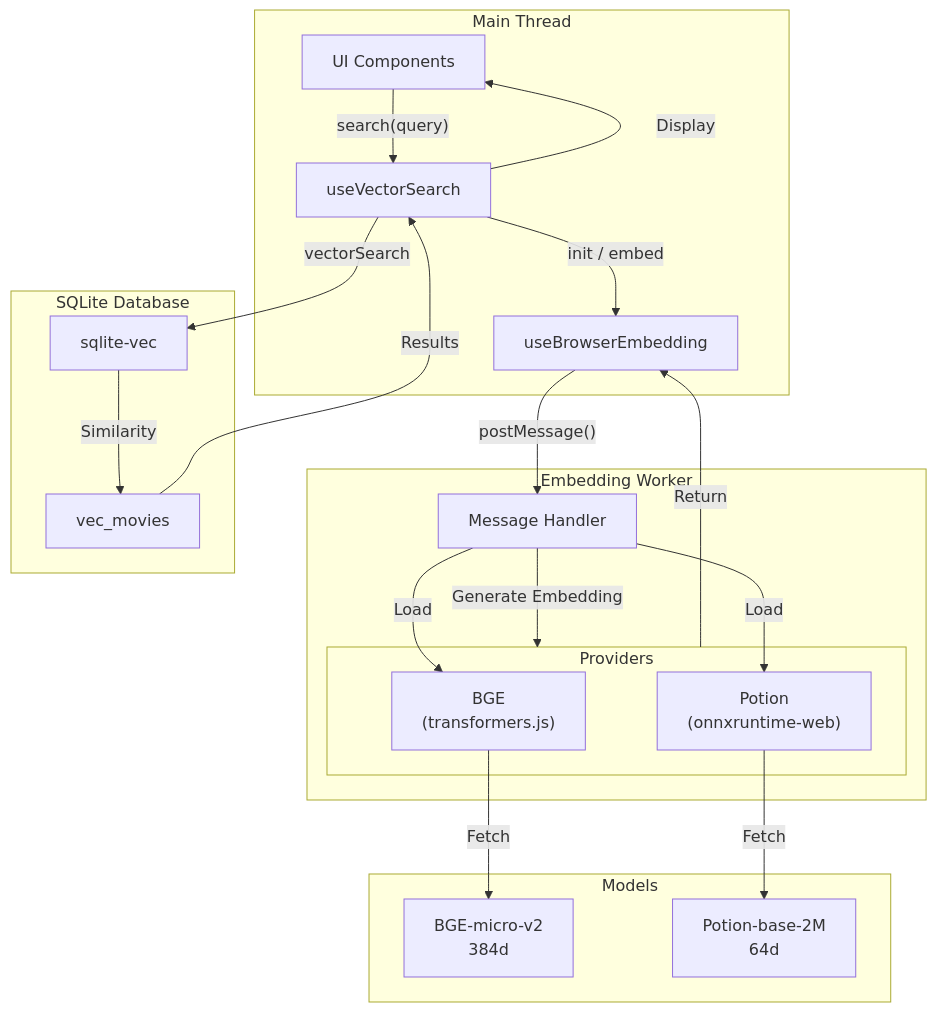
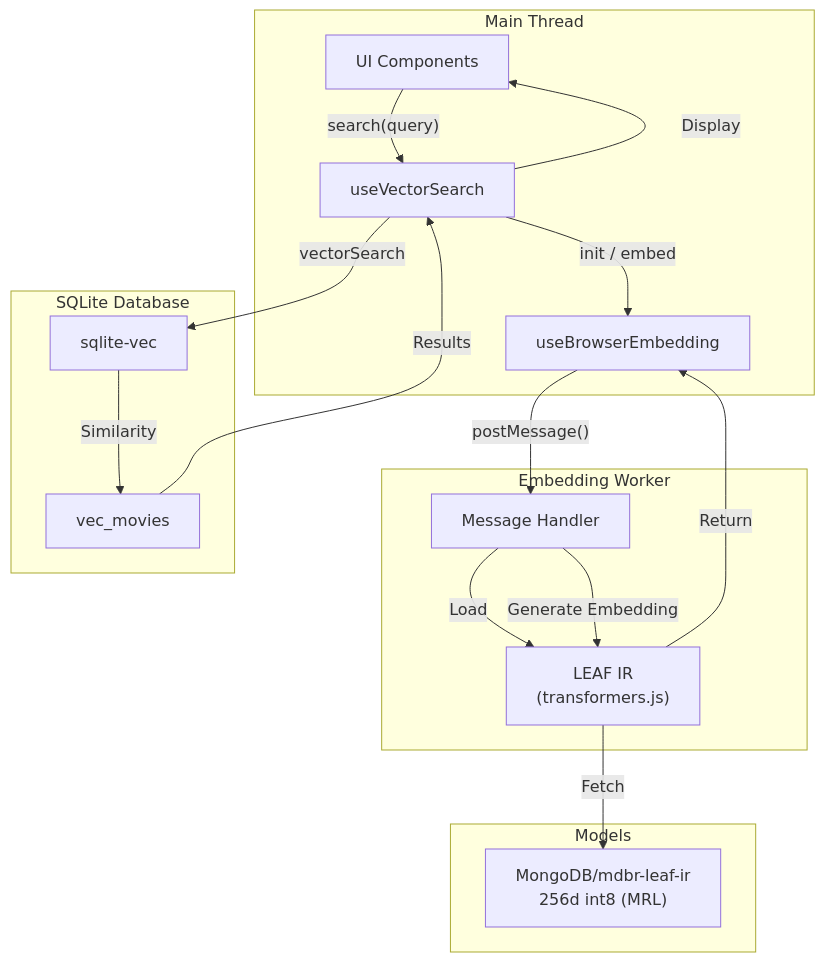
Before and after one commit to select/movies-deluxe: the second of 2 diagrams in README.md, drawn with Mermaid. The commit also changed other lines of this file and 10 other files, not shown here.

````diff
--- a/README.md
+++ b/README.md
@@ -83,43 +96,37 @@
 ```mermaid
 flowchart TB
     subgraph UI["Main Thread"]
         UIComp["UI Components"]
         VS["useVectorSearch"]
         BE["useBrowserEmbedding"]
     end
 
     subgraph Worker["Embedding Worker"]
         Handler["Message Handler"]
-        subgraph Providers["Providers"]
-            BGE["BGE<br/>(transformers.js)"]
-            Potion["Potion<br/>(onnxruntime-web)"]
-        end
+        LeafIR["LEAF IR<br/>(transformers.js)"]
     end
 
     subgraph Models["Models"]
-        BGE2["BGE-micro-v2<br/>384d"]
-        Potion2["Potion-base-2M<br/>64d"]
+        LeafModel["MongoDB/mdbr-leaf-ir<br/>256d int8 (MRL)"]
     end
 
     subgraph DB["SQLite Database"]
         Vec["sqlite-vec"]
         Table["vec_movies"]
     end
 
     UIComp -->|"search(query)"| VS
     VS -->|"init / embed"| BE
     BE -->|"postMessage()"| Handler
 
-    Handler -->|"Load"| BGE
-    Handler -->|"Load"| Potion
-    BGE -->|"Fetch"| BGE2
-    Potion -->|"Fetch"| Potion2
+    Handler -->|"Load"| LeafIR
+    LeafIR -->|"Fetch"| LeafModel
 
-    Handler -->|"Generate Embedding"| Providers
-    Providers -->|"Return"| BE
+    Handler -->|"Generate Embedding"| LeafIR
+    LeafIR -->|"Return"| BE
 
     VS -->|"vectorSearch"| Vec
     Vec -->|"Similarity"| Table
     Table -->|"Results"| VS
     VS -->|"Display"| UIComp
 ```
````
